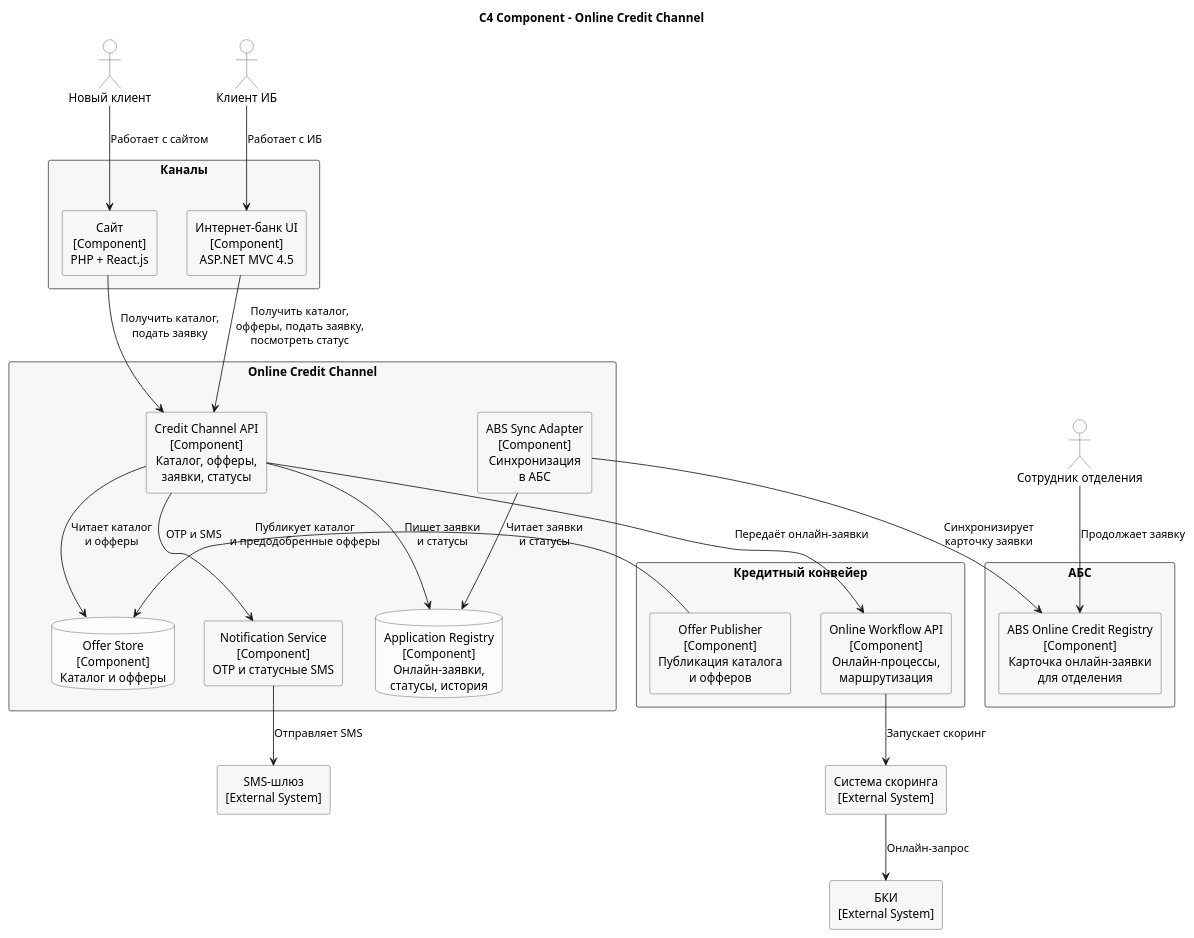
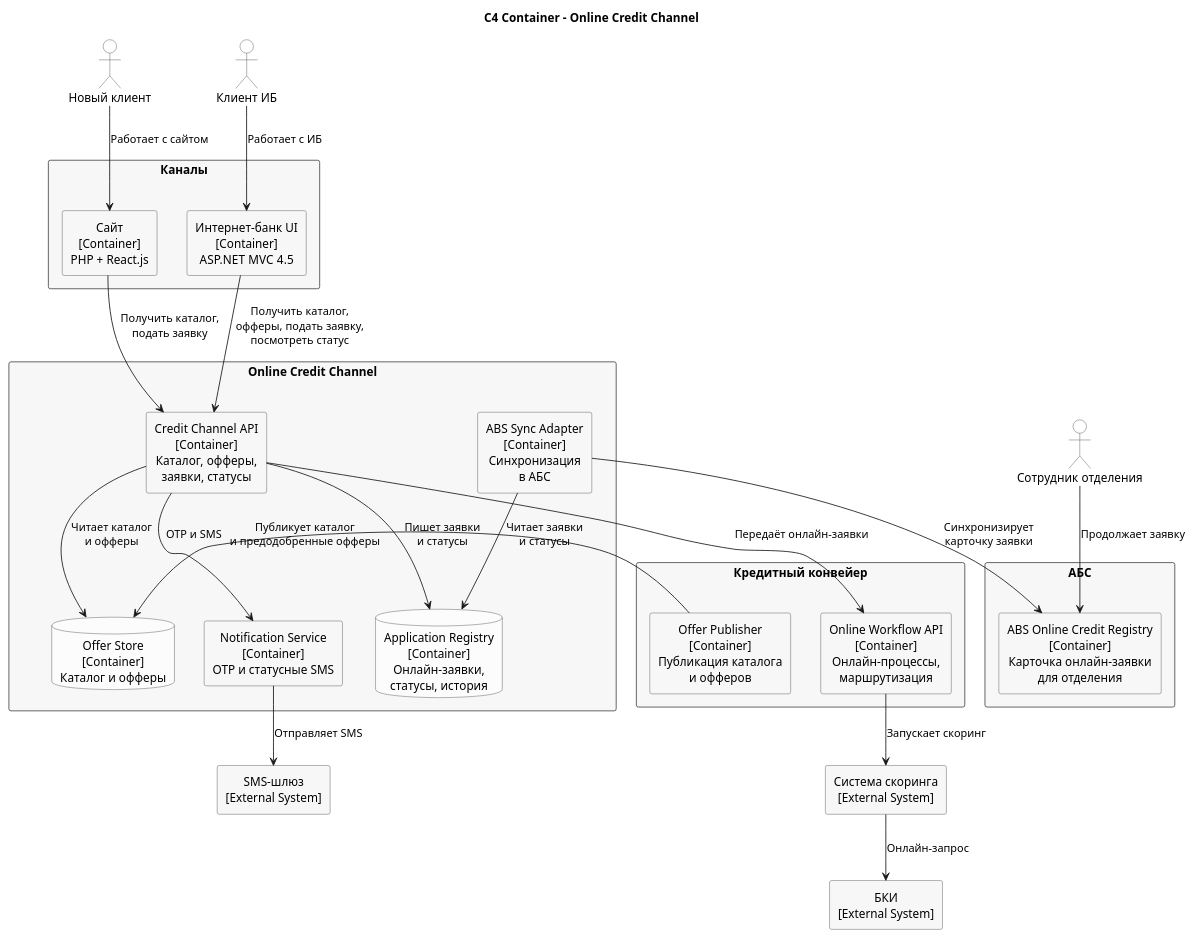
Before and after one commit to gigagrig/architecture-pro-standart: the diagram in Task5/online-credit-components.puml, drawn with PlantUML. The commit also changed 1 other file, not shown here.

Commit message:
fixed Component -> Container

```diff
--- a/Task5/online-credit-components.puml
+++ b/Task5/online-credit-components.puml
@@ -1,71 +1,71 @@
 @startuml
-title C4 Component - Online Credit Channel
+title C4 Container - Online Credit Channel
 
 skinparam shadowing false
 skinparam defaultTextAlignment center
 skinparam packageStyle rectangle
 skinparam rectangle {
   BorderColor #4A4A4A
   BackgroundColor #F7F7F7
 }
 skinparam database {
   BorderColor #4A4A4A
   BackgroundColor #FCFCFC
 }
 skinparam actor {
   BorderColor #4A4A4A
   BackgroundColor #FFFFFF
 }
 
 actor "Новый клиент" as NewCustomer
 actor "Клиент ИБ" as IbCustomer
 actor "Сотрудник отделения" as BranchEmployee
 
 package "Каналы" {
-  rectangle "Сайт\n[Component]\nPHP + React.js" as SiteUi
-  rectangle "Интернет-банк UI\n[Component]\nASP.NET MVC 4.5" as IbUi
+  rectangle "Сайт\n[Container]\nPHP + React.js" as SiteUi
+  rectangle "Интернет-банк UI\n[Container]\nASP.NET MVC 4.5" as IbUi
 }
 
 package "Online Credit Channel" {
-  rectangle "Credit Channel API\n[Component]\nКаталог, офферы,\nзаявки, статусы" as CreditChannelApi
-  rectangle "Notification Service\n[Component]\nOTP и статусные SMS" as NotificationService
-  rectangle "ABS Sync Adapter\n[Component]\nСинхронизация\nв АБС" as AbsSyncAdapter
-  database "Offer Store\n[Component]\nКаталог и офферы" as OfferStore
-  database "Application Registry\n[Component]\nОнлайн-заявки,\nстатусы, история" as ApplicationRegistry
+  rectangle "Credit Channel API\n[Container]\nКаталог, офферы,\nзаявки, статусы" as CreditChannelApi
+  rectangle "Notification Service\n[Container]\nOTP и статусные SMS" as NotificationService
+  rectangle "ABS Sync Adapter\n[Container]\nСинхронизация\nв АБС" as AbsSyncAdapter
+  database "Offer Store\n[Container]\nКаталог и офферы" as OfferStore
+  database "Application Registry\n[Container]\nОнлайн-заявки,\nстатусы, история" as ApplicationRegistry
 }
 
 package "Кредитный конвейер" {
-  rectangle "Online Workflow API\n[Component]\nОнлайн-процессы,\nмаршрутизация" as OnlineWorkflowApi
-  rectangle "Offer Publisher\n[Component]\nПубликация каталога\nи офферов" as OfferPublisher
+  rectangle "Online Workflow API\n[Container]\nОнлайн-процессы,\nмаршрутизация" as OnlineWorkflowApi
+  rectangle "Offer Publisher\n[Container]\nПубликация каталога\nи офферов" as OfferPublisher
 }
 
 package "АБС" {
-  rectangle "ABS Online Credit Registry\n[Component]\nКарточка онлайн-заявки\nдля отделения" as AbsOnlineRegistry
+  rectangle "ABS Online Credit Registry\n[Container]\nКарточка онлайн-заявки\nдля отделения" as AbsOnlineRegistry
 }
 
 rectangle "Система скоринга\n[External System]" as Scoring
 rectangle "БКИ\n[External System]" as BKI
 rectangle "SMS-шлюз\n[External System]" as SmsGateway
 
 NewCustomer --> SiteUi : Работает с сайтом
 IbCustomer --> IbUi : Работает с ИБ
 
 SiteUi --> CreditChannelApi : Получить каталог,\nподать заявку
 IbUi --> CreditChannelApi : Получить каталог,\nофферы, подать заявку,\nпосмотреть статус
 
 CreditChannelApi --> OfferStore : Читает каталог\nи офферы
 CreditChannelApi --> ApplicationRegistry : Пишет заявки\nи статусы
 CreditChannelApi --> NotificationService : OTP и SMS
 CreditChannelApi --> OnlineWorkflowApi : Передаёт онлайн-заявки
 
 OfferPublisher --> OfferStore : Публикует каталог\nи предодобренные офферы
 OnlineWorkflowApi --> Scoring : Запускает скоринг
 Scoring --> BKI : Онлайн-запрос
 
 AbsSyncAdapter --> ApplicationRegistry : Читает заявки\nи статусы
 AbsSyncAdapter --> AbsOnlineRegistry : Синхронизирует\nкарточку заявки
 BranchEmployee --> AbsOnlineRegistry : Продолжает заявку
 
 NotificationService --> SmsGateway : Отправляет SMS
 
 @enduml
```
